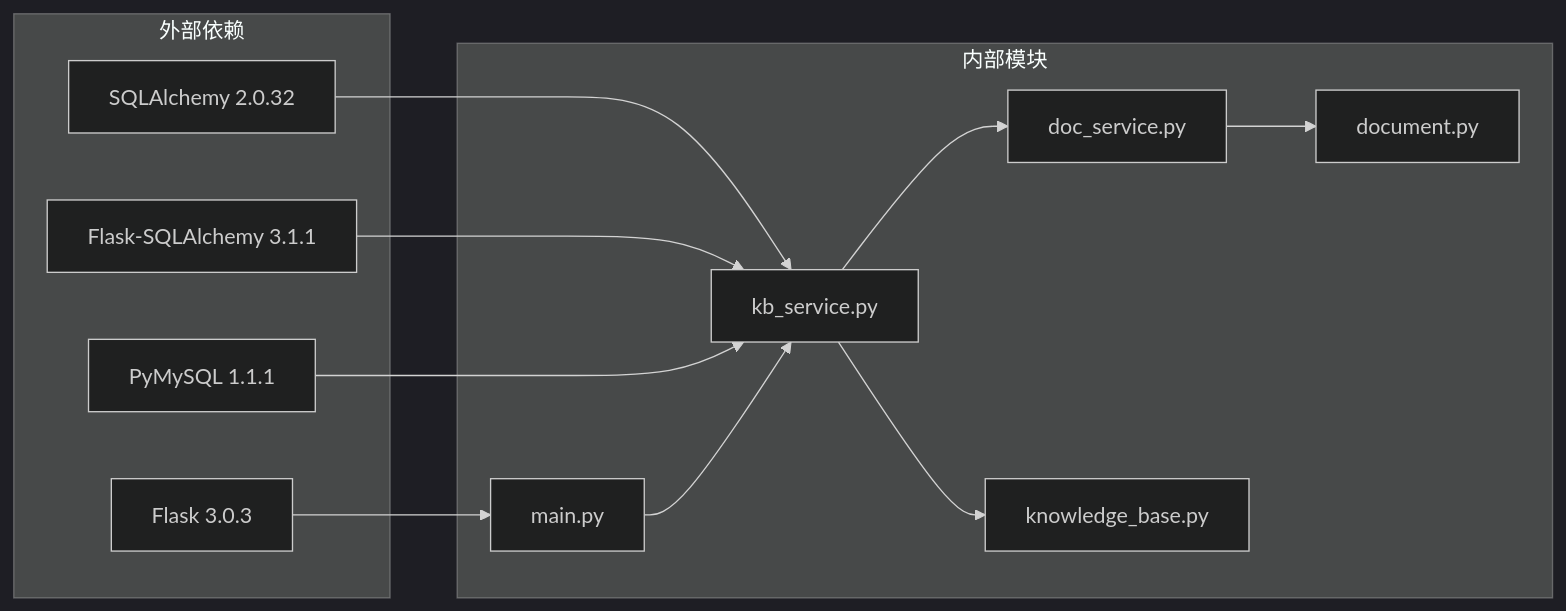
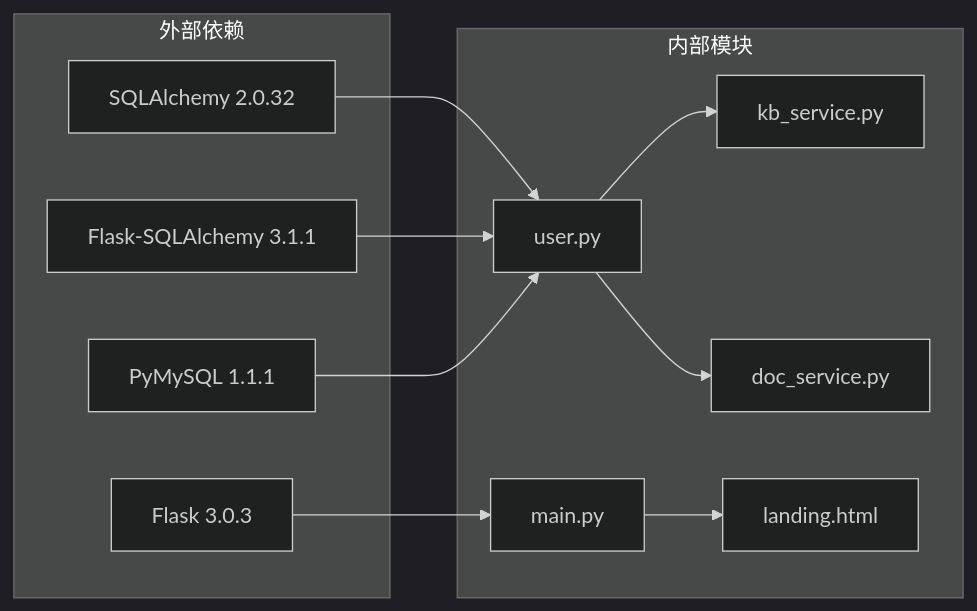
One commit to beyondalbert/my_wiki changed the sixth of 7 diagrams in .qoder/repowiki/zh/content/架构设计/蓝图系统设计/主页蓝图 (Main Blueprint).md. Above: the diagram before and after it, drawn with Mermaid (dark theme). The commit also changed other lines of this file and 5 other files, not shown here.

````diff
--- a/.qoder/repowiki/zh/content/架构设计/蓝图系统设计/主页蓝图 (Main Blueprint).md
+++ b/.qoder/repowiki/zh/content/架构设计/蓝图系统设计/主页蓝图 (Main Blueprint).md
@@ -234,24 +226,23 @@
 ```mermaid
 graph LR
 subgraph "外部依赖"
 A[Flask 3.0.3]
 B[SQLAlchemy 2.0.32]
 C[Flask-SQLAlchemy 3.1.1]
 D[PyMySQL 1.1.1]
 end
 subgraph "内部模块"
 E[main.py]
-F[kb_service.py]
-G[doc_service.py]
-H[knowledge_base.py]
-I[document.py]
+F[user.py]
+G[kb_service.py]
+H[doc_service.py]
+I[landing.html]
 end
 A --> E
 B --> F
 C --> F
 D --> F
+E --> I
+F --> G
 F --> H
-G --> I
-E --> F
-F --> G
 ```
````
